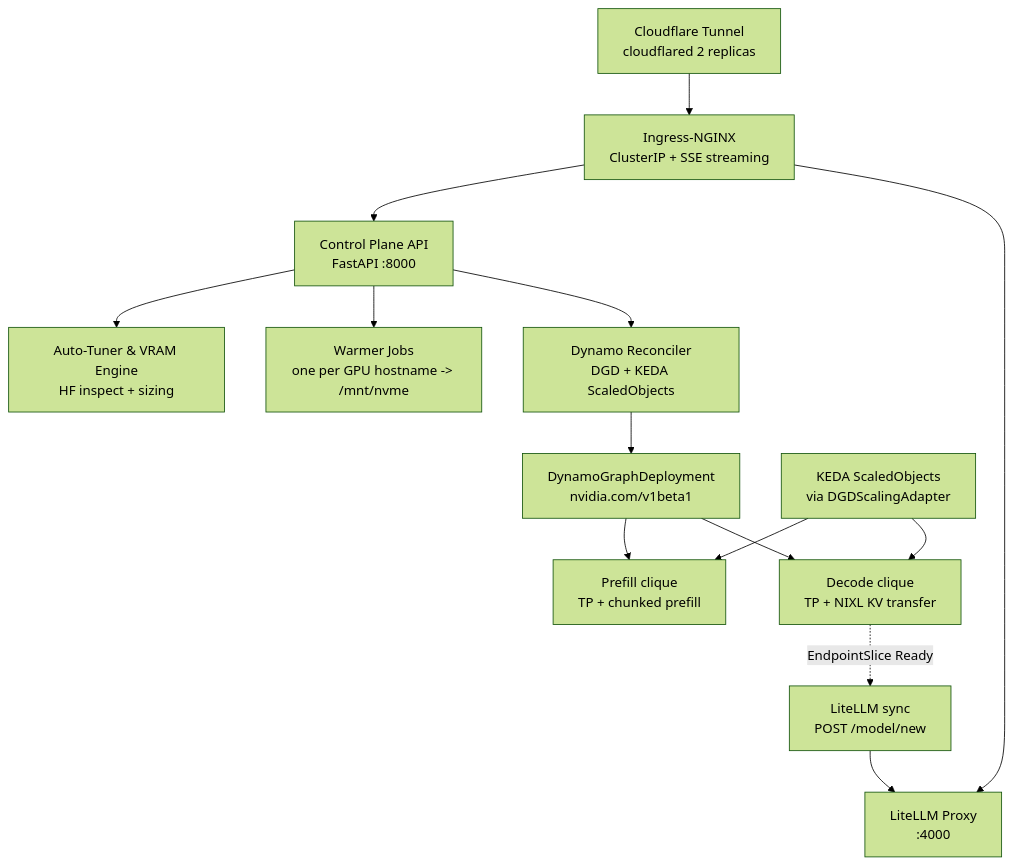
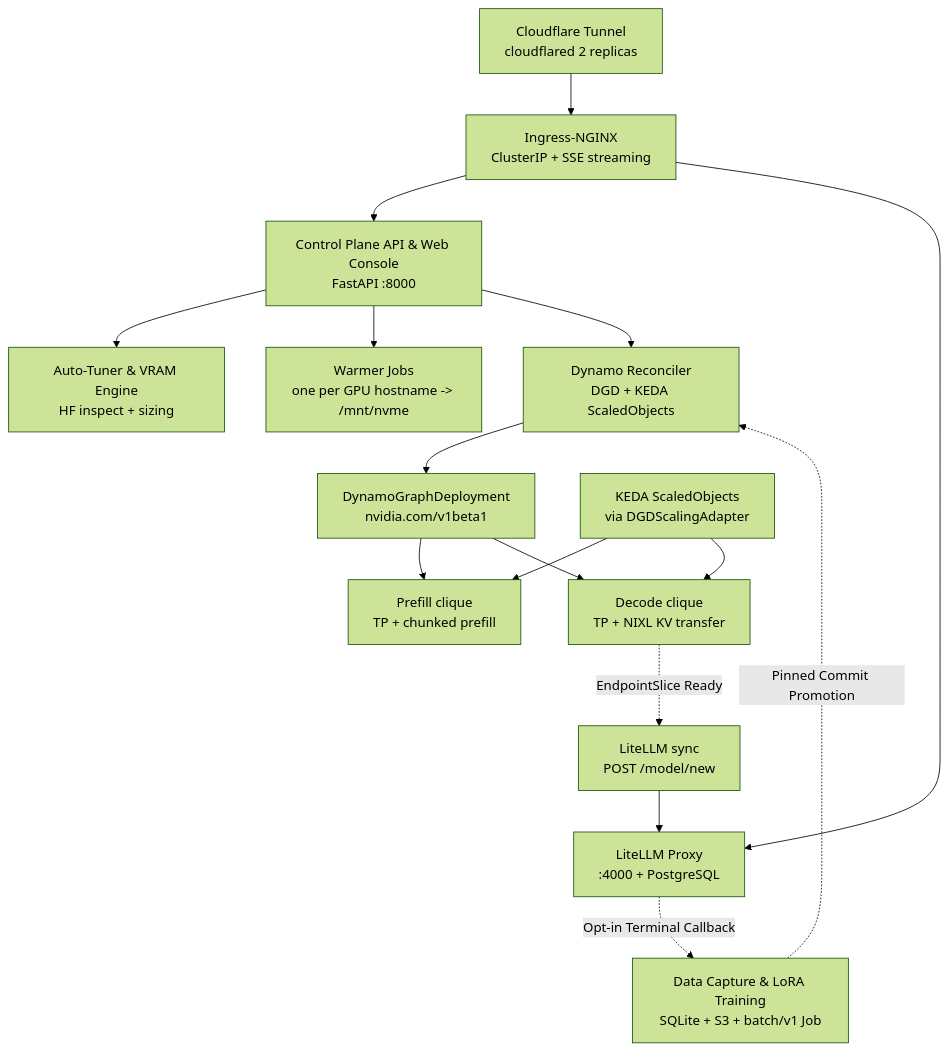
Before and after one commit to rtivolle/ai-inference-platform: the diagram in docs/architecture.md, drawn with Mermaid (forest theme). The commit also changed other lines of this file and 117 other files, not shown here.

````diff
--- a/docs/architecture.md
+++ b/docs/architecture.md
@@ -5,16 +5,18 @@
 ```mermaid
 flowchart TD
     CF[Cloudflare Tunnel\ncloudflared 2 replicas] --> Ingress[Ingress-NGINX\nClusterIP + SSE streaming]
-    Ingress --> CP[Control Plane API\nFastAPI :8000]
-    Ingress --> GW[LiteLLM Proxy\n:4000]
+    Ingress --> CP[Control Plane API & Web Console\nFastAPI :8000]
+    Ingress --> GW[LiteLLM Proxy\n:4000 + PostgreSQL]
     CP --> AT[Auto-Tuner & VRAM Engine\nHF inspect + sizing]
     CP --> Warmer[Warmer Jobs\none per GPU hostname -> /mnt/nvme]
     CP --> Reconciler[Dynamo Reconciler\nDGD + KEDA ScaledObjects]
     Reconciler --> CRD[DynamoGraphDeployment\nnvidia.com/v1beta1]
     CRD --> PW[Prefill clique\nTP + chunked prefill]
     CRD --> DW[Decode clique\nTP + NIXL KV transfer]
     DW -. EndpointSlice Ready .-> Sync[LiteLLM sync\nPOST /model/new]
     Sync --> GW
+    GW -. Opt-in Terminal Callback .-> Data[Data Capture & LoRA Training\nSQLite + S3 + batch/v1 Job]
+    Data -. Pinned Commit Promotion .-> Reconciler
     KEDA[KEDA ScaledObjects\nvia DGDScalingAdapter] --> PW
     KEDA --> DW
 ```
````
